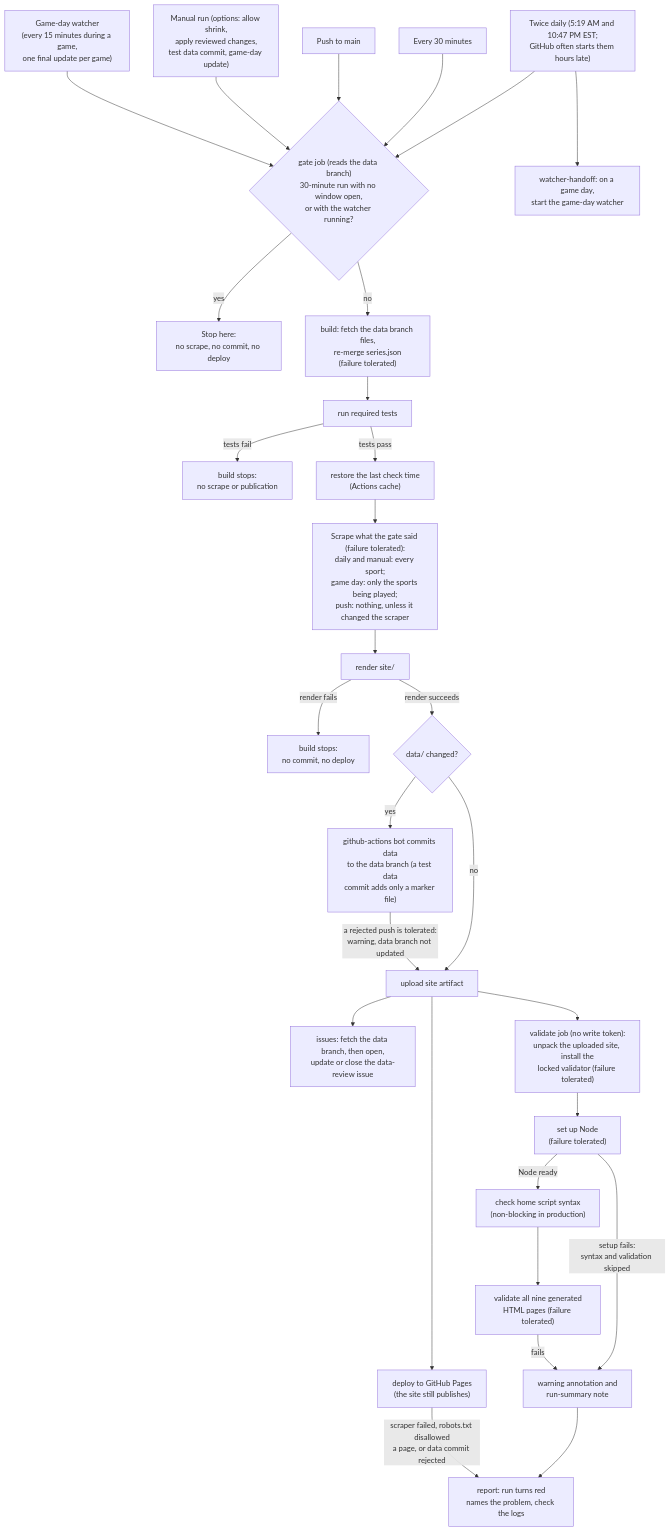
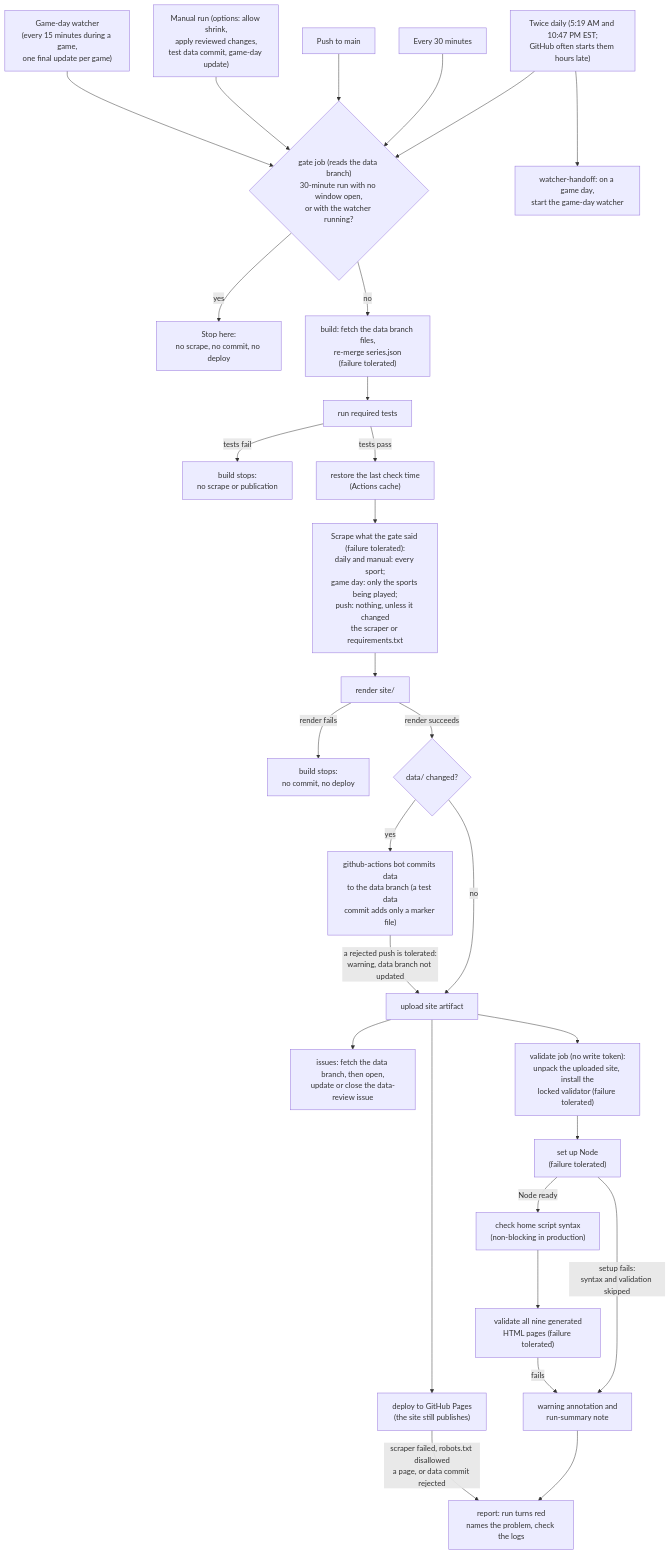
One commit to jacksonmote/DePauw-vs-Wabash-web changed the second of 5 diagrams in README.md. Above: the diagram before and after it, drawn with Mermaid. The commit also changed other lines of this file and 4 other files, not shown here.

First line of the commit message:
Scrape on a push that changes requirements.txt

````diff
--- a/README.md
+++ b/README.md
@@ -247,32 +247,32 @@
 ```mermaid
 flowchart TD
   T1["Twice daily (5:19 AM and 10:47 PM EST;<br/>GitHub often starts them hours late)"] --> G
   T1 --> HO["watcher-handoff: on a game day,<br/>start the game-day watcher"]
   T2["Every 30 minutes"] --> G
   T3["Push to main"] --> G
   T4["Manual run (options: allow shrink,<br/>apply reviewed changes,<br/>test data commit, game-day update)"] --> G
   T5["Game-day watcher<br/>(every 15 minutes during a game,<br/>one final update per game)"] --> G
   G{"gate job (reads the data branch)<br/>30-minute run with no window open,<br/>or with the watcher running?"}
   G -- "yes" --> X["Stop here:<br/>no scrape, no commit, no deploy"]
   G -- "no" --> F["build: fetch the data branch files,<br/>re-merge series.json<br/>(failure tolerated)"]
   F --> B["run required tests"]
   B -- "tests fail" --> TF["build stops:<br/>no scrape or publication"]
   B -- "tests pass" --> LC2["restore the last check time<br/>(Actions cache)"]
-  LC2 --> S["Scrape what the gate said (failure tolerated):<br/>daily and manual: every sport;<br/>game day: only the sports being played;<br/>push: nothing, unless it changed the scraper"]
+  LC2 --> S["Scrape what the gate said (failure tolerated):<br/>daily and manual: every sport;<br/>game day: only the sports being played;<br/>push: nothing, unless it changed<br/>the scraper or requirements.txt"]
   S --> R["render site/"]
   R -- "render fails" --> RF["build stops:<br/>no commit, no deploy"]
   R -- "render succeeds" --> C{"data/ changed?"}
   C -- "yes" --> CM["github-actions bot commits data<br/>to the data branch (a test data<br/>commit adds only a marker file)"]
   C -- "no" --> U
   CM -- "a rejected push is tolerated:<br/>warning, data branch not updated" --> U["upload site artifact"]
   U --> D["deploy to GitHub Pages<br/>(the site still publishes)"]
   U --> IS["issues: fetch the data branch, then open,<br/>update or close the data-review issue"]
   U --> VJ["validate job (no write token):<br/>unpack the uploaded site, install the<br/>locked validator (failure tolerated)"]
   VJ --> N["set up Node<br/>(failure tolerated)"]
   N -- "Node ready" --> JS["check home script syntax<br/>(non-blocking in production)"]
   JS --> V["validate all nine generated<br/>HTML pages (failure tolerated)"]
   N -- "setup fails:<br/>syntax and validation skipped" --> W["warning annotation and<br/>run-summary note"]
   V -- "fails" --> W
   W --> RP
   D -- "scraper failed, robots.txt disallowed<br/>a page, or data commit rejected" --> RP["report: run turns red<br/>names the problem, check the logs"]
 ```
````
